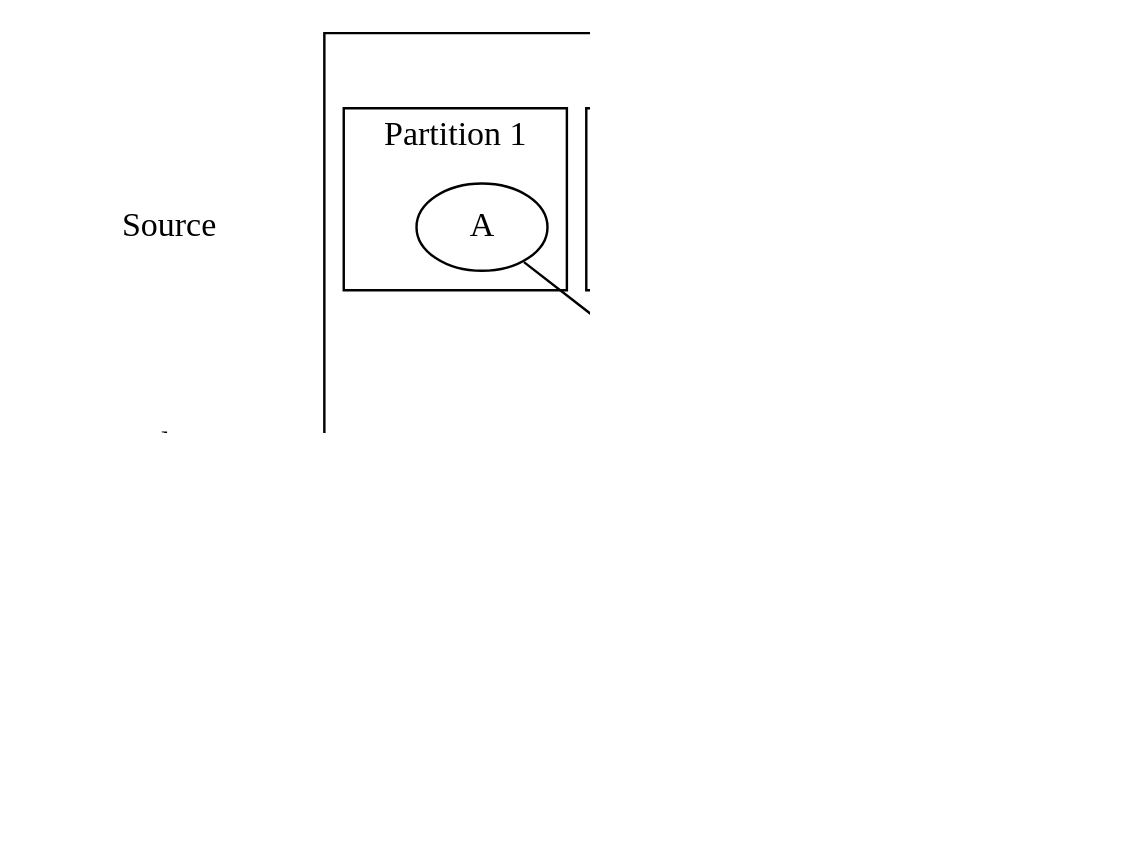
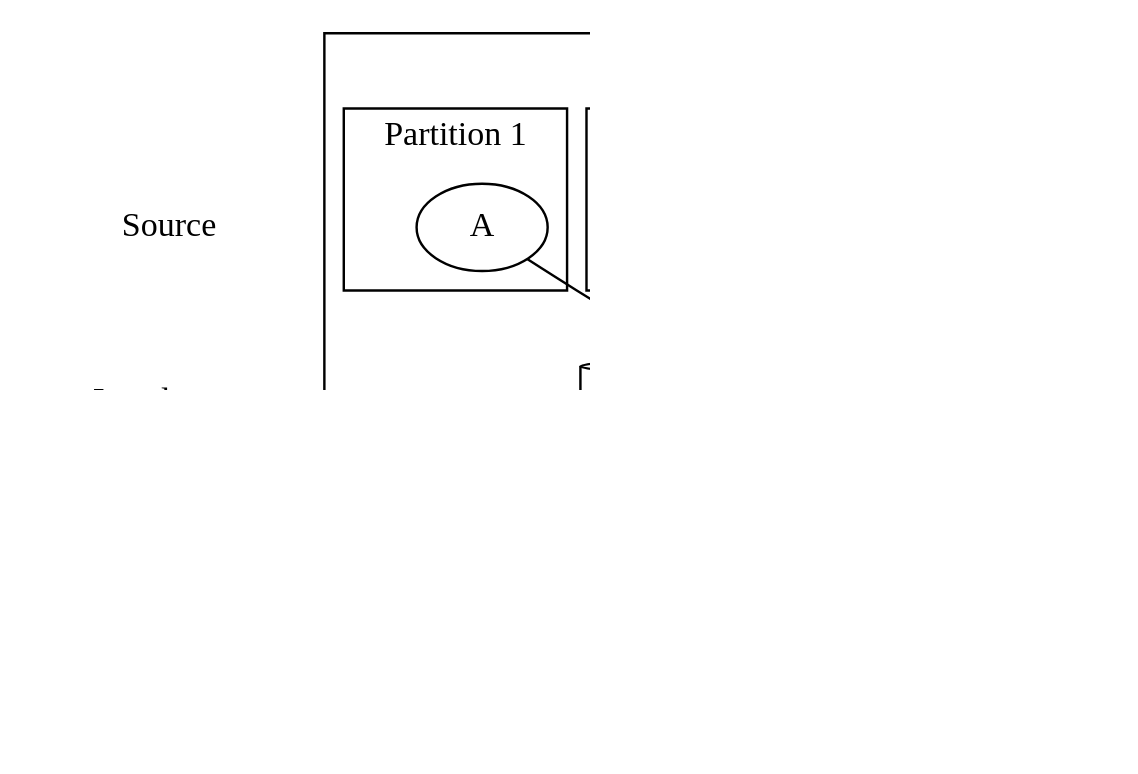
One commit to inponomarev/kafka-hjs changed diagram 46 of 51 in src/main/asciidoc/lecture.adoc. Above: the diagram before and after it, drawn with Graphviz. The commit also changed other lines of this file, not shown here.

```diff
--- a/src/main/asciidoc/lecture.adoc
+++ b/src/main/asciidoc/lecture.adoc
@@ -2241,69 +2268,69 @@
 [graphviz, "local-partitioning-6.png"]
 -----
 digraph D {
   graph [ dpi = 150 ]; 
   subgraph system {
 
      subgraph cluster_s2{
           style = "invis"
           S1 [shape=plaintext label = "Source"];
           S2 [shape=plaintext label = "Local store"];
           S3 [shape=plaintext label = "Changelog"];
           S1->S2->S3 [style="invis"]
       }
 
     subgraph cluster_p1 {
       label = "Worker 1";
         
         subgraph cluster_pp2{
               label = "Partition 3"
                 
               d[label = "D"];
               
               
           }
           
           
         d->ls1;
         
         ls1->p3[dir="both"];
           
           subgraph cluster_pp11{
               label = "Partition 2"
           
               b [label = "B"];
               c[label = "C"];
               
           }
  
         subgraph cluster_pp1{
               label = "Partition 1"
               
               
               a [label = "A"];
               
           }
           
         
-        ls1[shape="cylinder" label = "A: 21\nB: 13\nD: 23"]
+        ls1[shape="cylinder" label = "A: 21, B: 13, D: 23"]
         a->ls1;
         b->ls1;
         c->ls1;
         
         p1[shape="plaintext"; style="filled"; fillcolor="#ffffcc"; label = "Partition 2"];
         p2[shape="plaintext"; style="filled"; fillcolor="#ffffcc"; label = "Partition 3"];
         p3[shape="plaintext"; style="filled"; fillcolor="#ffffcc"; label = "Partition 1"];
         ls1->p1[dir="both"];
         ls1->p2[dir="both"];
         
 
     }
         p1->p1v1;
         p2->p2v1;
         p3->p3v1;
         p1v1[shape="record"; label="{B: 13}"];
         p2v1[shape="record"; label="{D: 23}"];
         p3v1[shape="record"; label="{A: 21}"];
   }
 } 
 -----
```
